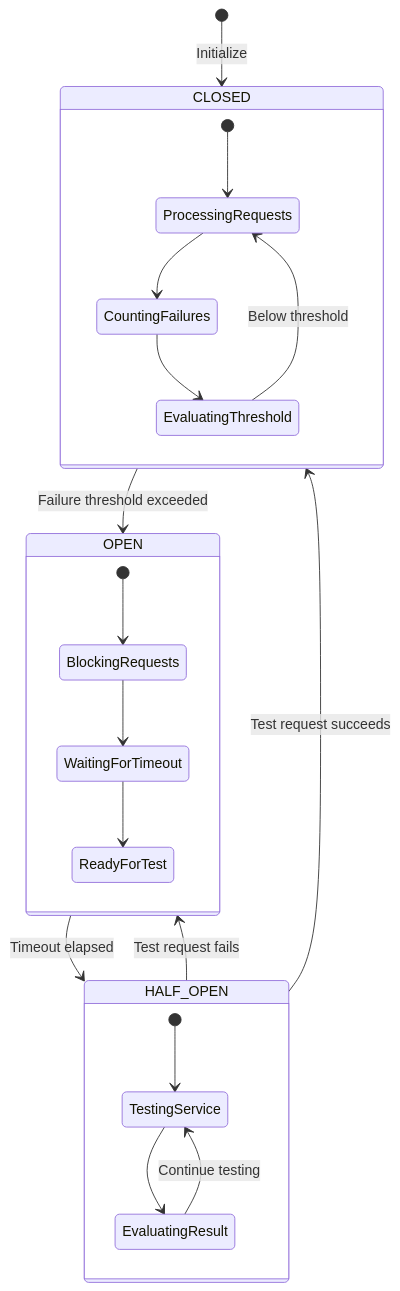
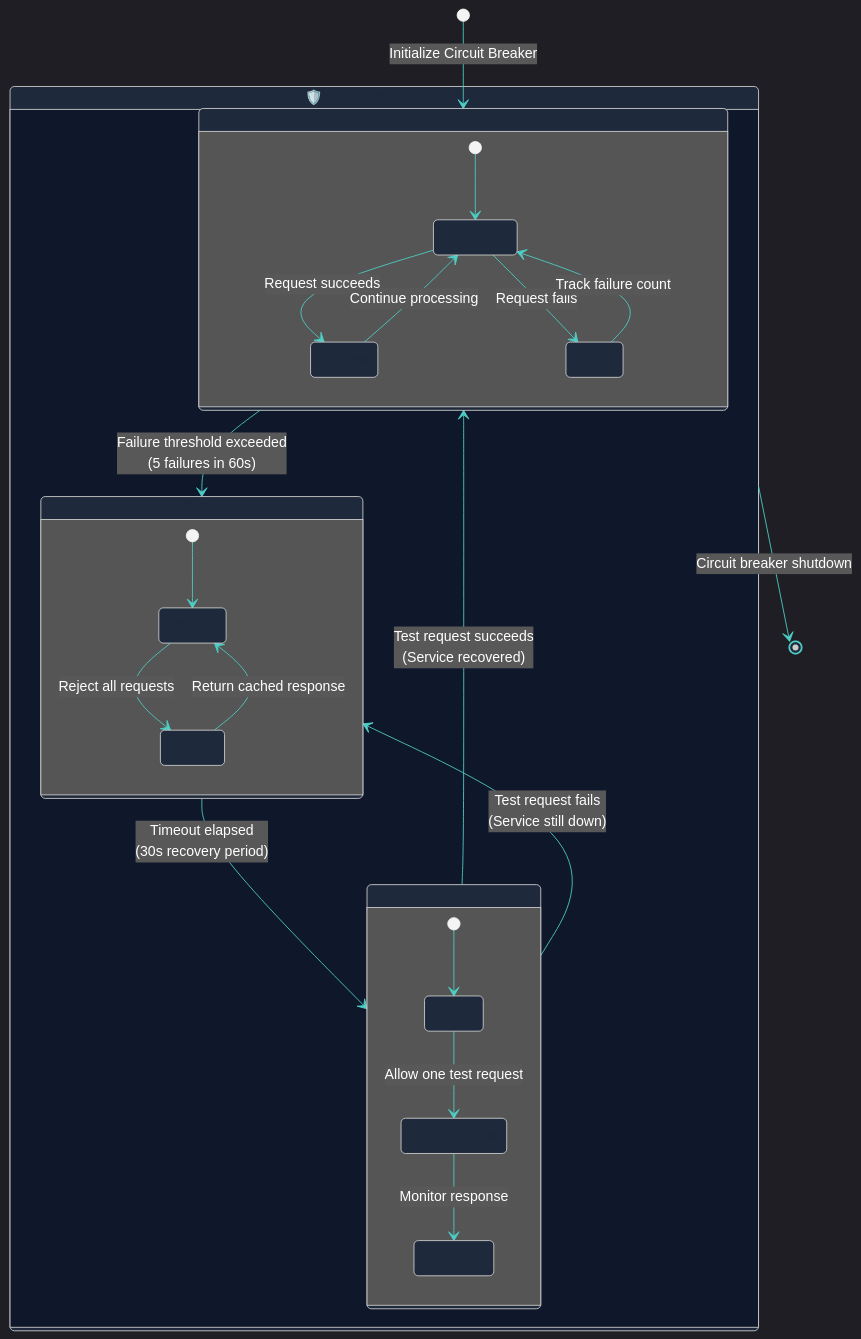
Before and after one commit to abdoElHodaky/larvrevrstender: the second of 3 diagrams in diagrams/circuit-breaker-architecture.md, drawn with Mermaid. The commit also changed other lines of this file and 1 other file, not shown here.

First line of the commit message:
fix: Update data flow diagram styling and recreate circuit breaker architecture

````diff
--- a/diagrams/circuit-breaker-architecture.md
+++ b/diagrams/circuit-breaker-architecture.md
@@ -111,28 +132,54 @@
 ```mermaid
+%%{init: {
+  'theme': 'dark',
+  'themeVariables': {
+    'primaryColor': '#FF4757',
+    'primaryTextColor': '#FFFFFF',
+    'primaryBorderColor': '#FF6B7A',
+    'lineColor': '#4ECDC4',
+    'secondaryColor': '#45B7D1',
+    'tertiaryColor': '#96CEB4',
+    'background': '#0F172A',
+    'mainBkg': '#1E293B',
+    'secondBkg': '#334155',
+    'tertiaryBkg': '#475569',
+    'stateBkg': '#1E293B',
+    'stateBorder': '#FF4757',
+    'stateTextColor': '#FFFFFF',
+    'transitionColor': '#4ECDC4',
+    'transitionLabelColor': '#FFFFFF'
+  }
+}}%%
+
 stateDiagram-v2
-    [*] --> CLOSED : Initialize
+    [*] --> CLOSED: Initialize Circuit Breaker
     
-    CLOSED --> OPEN : Failure threshold exceeded
-    OPEN --> HALF_OPEN : Timeout elapsed
-    HALF_OPEN --> CLOSED : Test request succeeds
-    HALF_OPEN --> OPEN : Test request fails
-    
-    state CLOSED {
-        [*] --> ProcessingRequests
-        ProcessingRequests --> CountingFailures
-        CountingFailures --> EvaluatingThreshold
-        EvaluatingThreshold --> ProcessingRequests : Below threshold
+    state "🛡️ Circuit Breaker States" as CBStates {
+        CLOSED --> OPEN: Failure threshold exceeded<br/>(5 failures in 60s)
+        OPEN --> HALF_OPEN: Timeout elapsed<br/>(30s recovery period)
+        HALF_OPEN --> CLOSED: Test request succeeds<br/>(Service recovered)
+        HALF_OPEN --> OPEN: Test request fails<br/>(Service still down)
+        
+        state CLOSED {
+            [*] --> Processing
+            Processing --> Success: Request succeeds
+            Processing --> Failure: Request fails
+            Success --> Processing: Continue processing
+            Failure --> Processing: Track failure count
+        }
+        
+        state OPEN {
+            [*] --> Blocking
+            Blocking --> FailFast: Reject all requests
+            FailFast --> Blocking: Return cached response
+        }
+        
+        state HALF_OPEN {
+            [*] --> Testing
+            Testing --> SingleRequest: Allow one test request
+            SingleRequest --> Evaluating: Monitor response
+        }
     }
     
-    state OPEN {
-        [*] --> BlockingRequests
-        BlockingRequests --> WaitingForTimeout
-        WaitingForTimeout --> ReadyForTest
-    }
-    
-    state HALF_OPEN {
-        [*] --> TestingService
-        TestingService --> EvaluatingResult
-        EvaluatingResult --> TestingService : Continue testing
-    }
+    CBStates --> [*]: Circuit breaker shutdown
 ```
````
